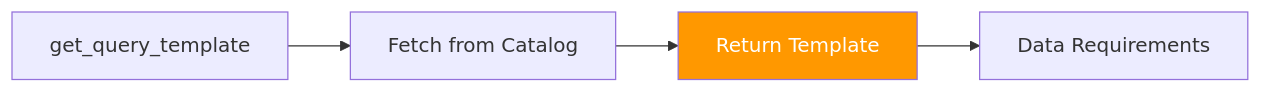
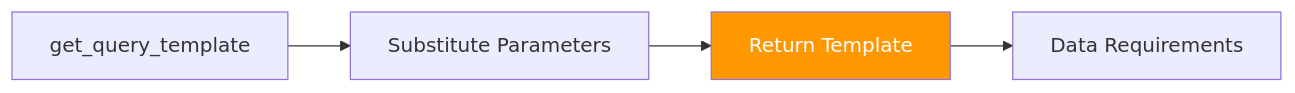
One commit to skillrepos/ai-3in1 changed the tenth of 14 diagrams in docs/CANONICAL-QUERY-ARCHITECTURE.md. Above: the diagram before and after it, drawn with Mermaid. The commit also changed other lines of this file, not shown here.

````diff
--- a/docs/CANONICAL-QUERY-ARCHITECTURE.md
+++ b/docs/CANONICAL-QUERY-ARCHITECTURE.md
@@ -262,8 +308,8 @@
 ```mermaid
 flowchart LR
-    Request[get_query_template] --> Fetch[Fetch from Catalog]
-    Fetch --> Template[Return Template]
+    Request[get_query_template] --> Params[Substitute Parameters]
+    Params --> Template[Return Template]
     Template --> Requirements[Data Requirements]
 
     style Template fill:#FF9800,color:#fff
 ```
````
